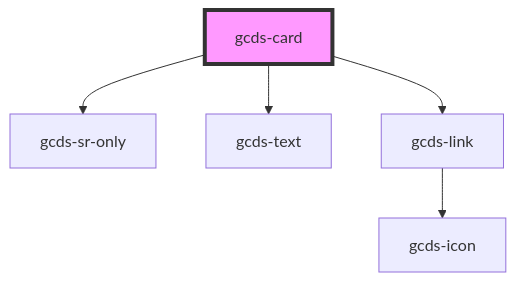
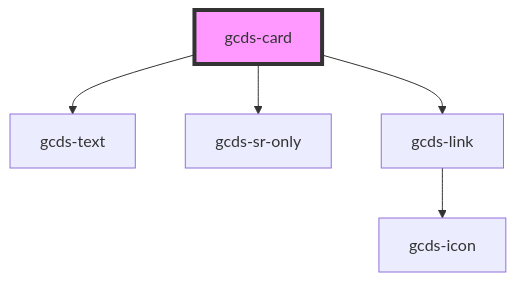
The diagram in packages/web/src/components/gcds-card/readme.md (cds-snc/gcds-components), drawn with Mermaid before and after one commit. The commit also changed other lines of this file and 6 other files, not shown here.

````diff
--- a/packages/web/src/components/gcds-card/readme.md
+++ b/packages/web/src/components/gcds-card/readme.md
@@ -28,8 +29,8 @@
 ```mermaid
 graph TD;
+  gcds-card --> gcds-text
   gcds-card --> gcds-sr-only
-  gcds-card --> gcds-text
   gcds-card --> gcds-link
   gcds-link --> gcds-icon
   style gcds-card fill:#f9f,stroke:#333,stroke-width:4px
 ```
````
